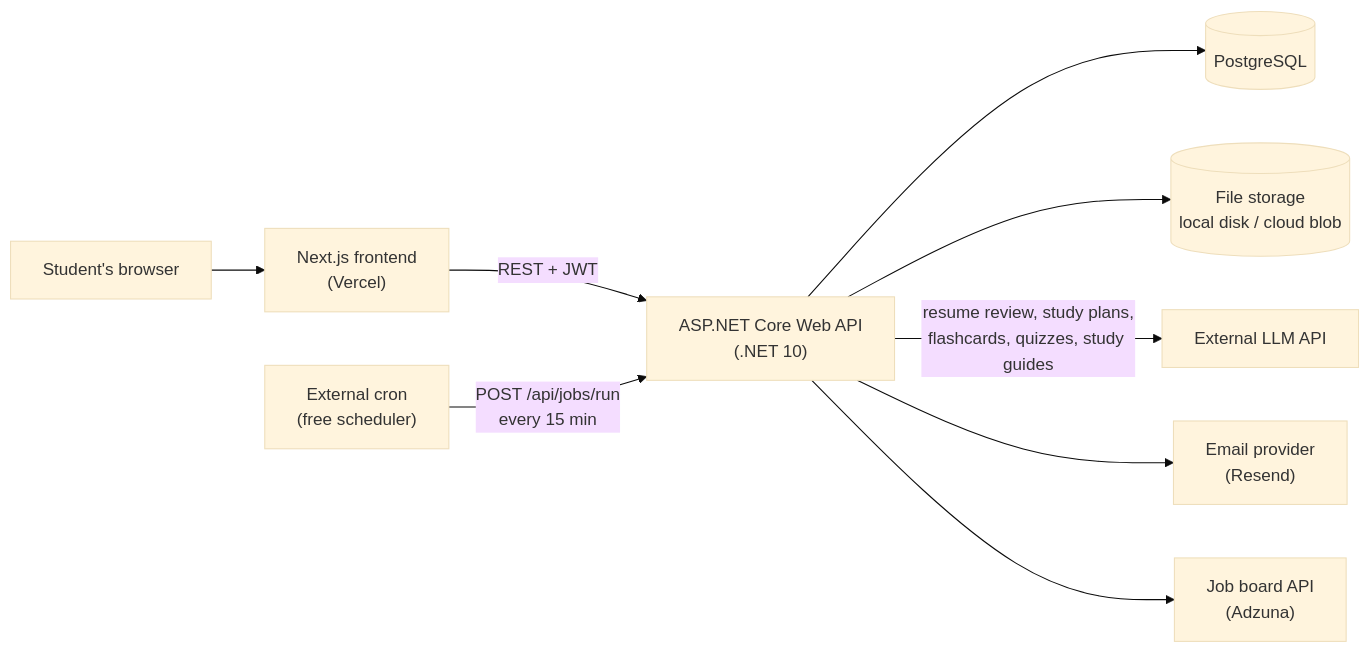
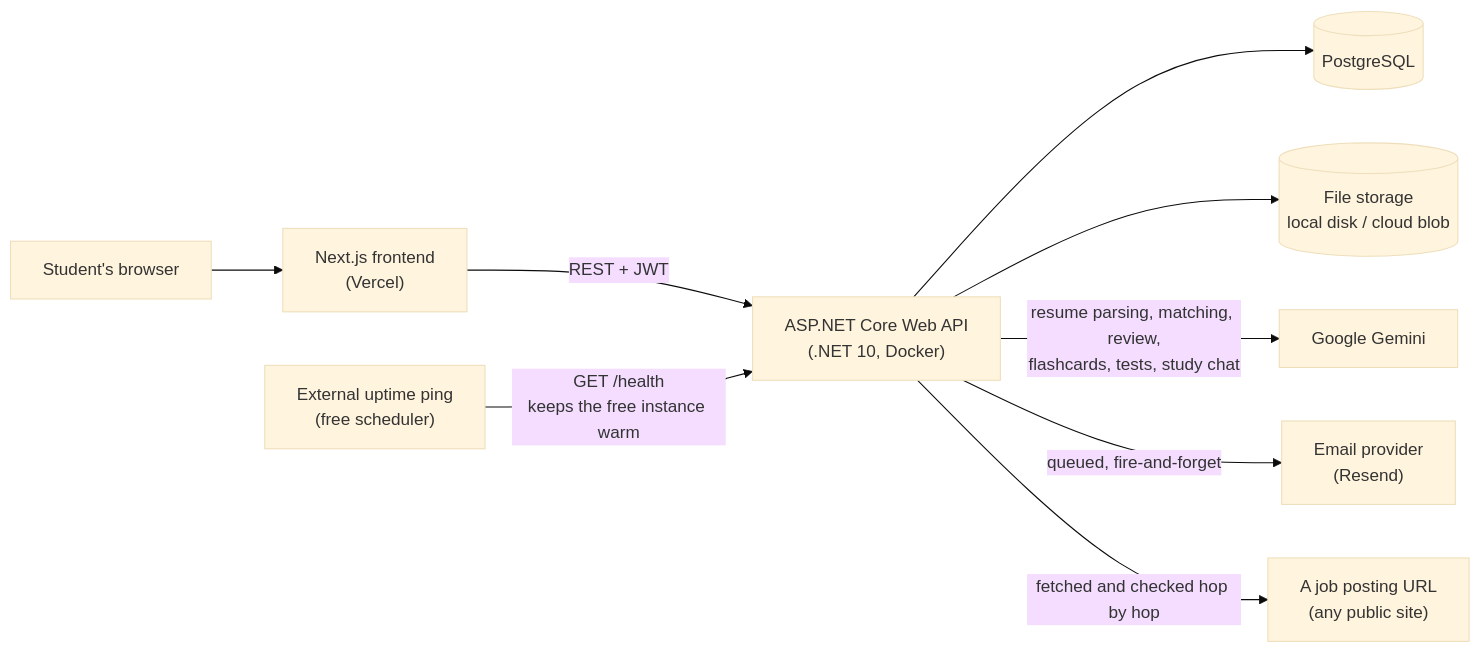
Before and after one commit to mckenzie-northington/PursuitHQ: the diagram in docs/Architecture.md, drawn with Mermaid (base theme). The commit also changed other lines of this file and 36 other files, not shown here.

````diff
--- a/docs/Architecture.md
+++ b/docs/Architecture.md
@@ -5,21 +5,21 @@
 ```mermaid
 flowchart LR
     Browser["Student's browser"]
     Next["Next.js frontend<br/>(Vercel)"]
-    API["ASP.NET Core Web API<br/>(.NET 10)"]
+    API["ASP.NET Core Web API<br/>(.NET 10, Docker)"]
     DB[("PostgreSQL")]
     Files[("File storage<br/>local disk / cloud blob")]
-    AI["External LLM API"]
+    AI["Google Gemini"]
     Email["Email provider<br/>(Resend)"]
-    Jobs["Job board API<br/>(Adzuna)"]
-    Cron["External cron<br/>(free scheduler)"]
+    Posting["A job posting URL<br/>(any public site)"]
+    Ping["External uptime ping<br/>(free scheduler)"]
 
     Browser --> Next
     Next -->|"REST + JWT"| API
     API --> DB
     API --> Files
-    API -->|"resume review, study plans,<br/>flashcards, quizzes, study guides"| AI
-    API --> Email
-    API --> Jobs
-    Cron -->|"POST /api/jobs/run<br/>every 15 min"| API
+    API -->|"resume parsing, matching, review,<br/>flashcards, tests, study chat"| AI
+    API -->|"queued, fire-and-forget"| Email
+    API -->|"fetched and checked hop by hop"| Posting
+    Ping -->|"GET /health<br/>keeps the free instance warm"| API
 ```
````
